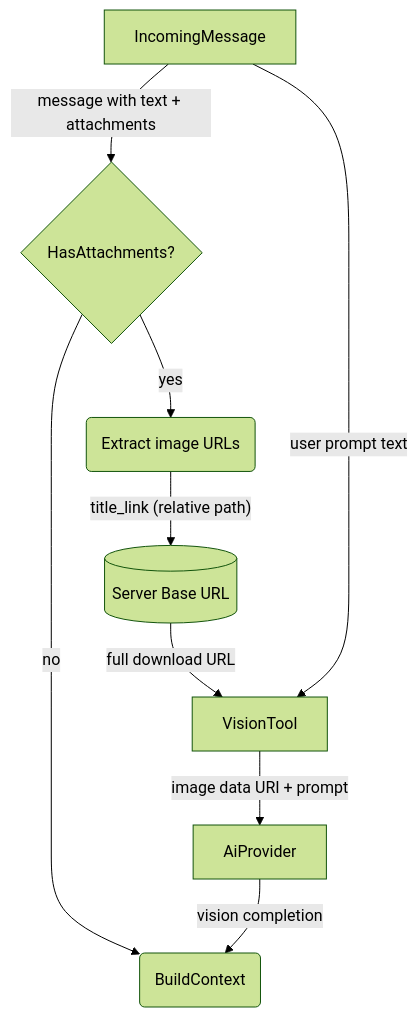
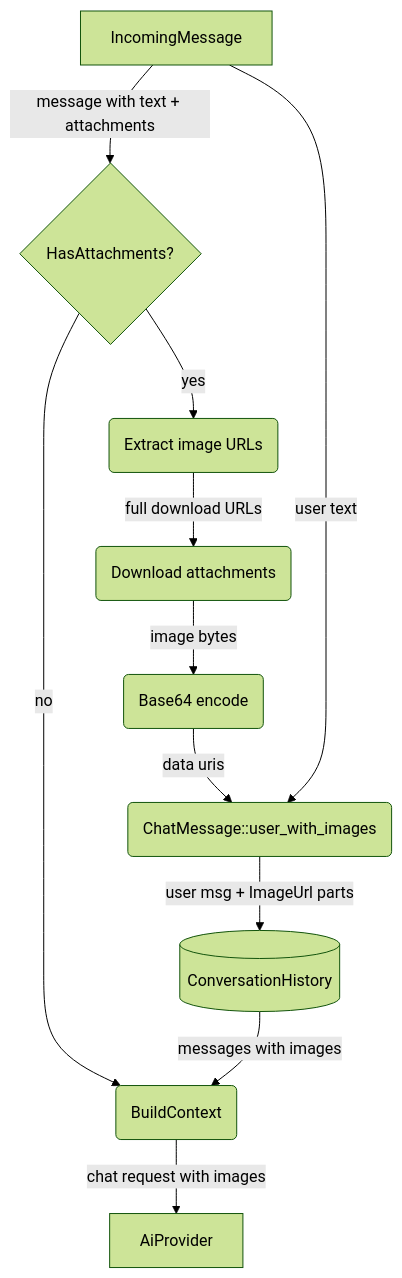
One commit to cosmoswafer/rockbot changed the sixth of 7 diagrams in _dfds/agent-harness.md. Above: the diagram before and after it, drawn with Mermaid (forest theme). The commit also changed other lines of this file and 10 other files, not shown here.

First line of the commit message:
fix: remove model_id from tool schema, add default_quality config, fix image upload and size limit bugs

````diff
--- a/_dfds/agent-harness.md
+++ b/_dfds/agent-harness.md
@@ -205,19 +206,23 @@
 ```mermaid
 flowchart TD
     RC[IncomingMessage]
     CHECK{HasAttachments?}
     EXTRACT(Extract image URLs)
-    TOOL[VisionTool]
-    SERVER_URL[(Server Base URL)]
-    CTX(BuildContext)
+    DOWNLOAD(Download attachments)
+    ENCODE(Base64 encode)
+    EMBED(ChatMessage::user_with_images)
+    HIST[(ConversationHistory)]
+    BUILD(BuildContext)
     AI[AiProvider]
 
     RC -->|"message with text + attachments"| CHECK
     CHECK -->|"yes"| EXTRACT
-    CHECK -->|"no"| CTX
-    EXTRACT -->|"title_link (relative path)"| SERVER_URL
-    SERVER_URL -->|"full download URL"| TOOL
-    RC -->|"user prompt text"| TOOL
-    TOOL -->|"image data URI + prompt"| AI
-    AI -->|"vision completion"| CTX
+    CHECK -->|"no"| BUILD
+    EXTRACT -->|"full download URLs"| DOWNLOAD
+    DOWNLOAD -->|"image bytes"| ENCODE
+    ENCODE -->|"data uris"| EMBED
+    RC -->|"user text"| EMBED
+    EMBED -->|"user msg + ImageUrl parts"| HIST
+    HIST -->|"messages with images"| BUILD
+    BUILD -->|"chat request with images"| AI
 ```
````
